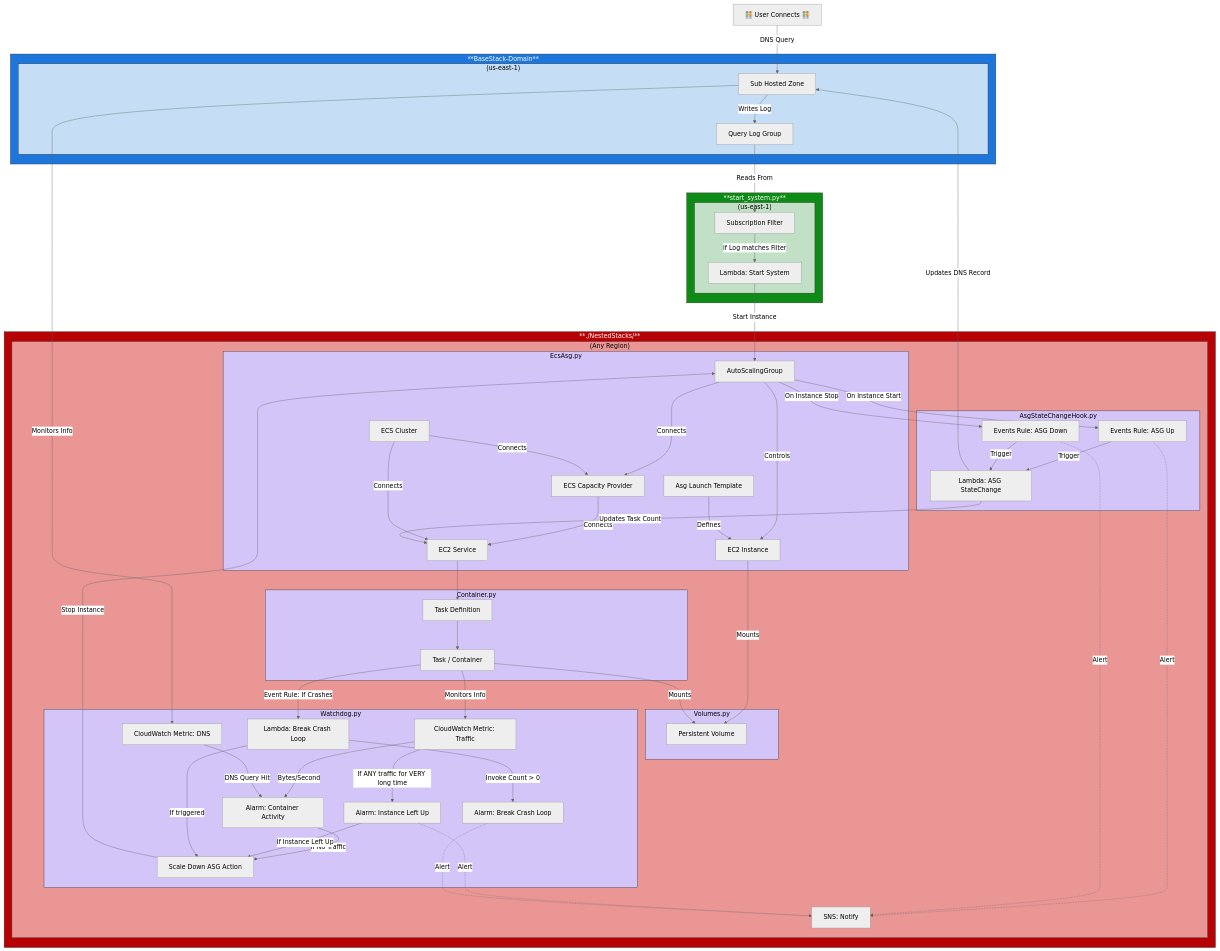
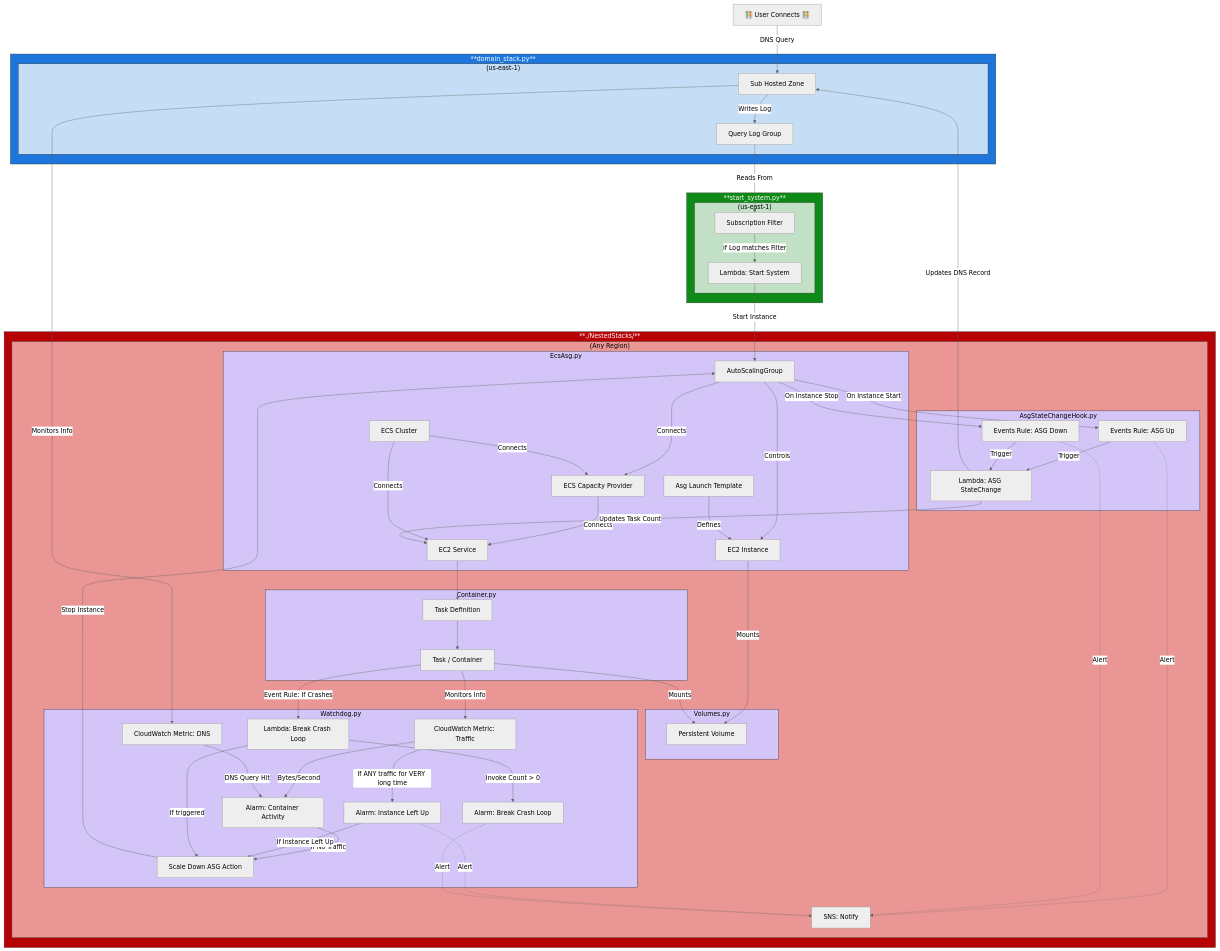
Before and after one commit to Cameronsplaze/AWS-ContainerManager: the diagram in ContainerManager/leaf_stack_group/README.md, drawn with Mermaid (neutral theme). The commit also changed other lines of this file and 4 other files, not shown here.

```diff
--- a/ContainerManager/leaf_stack_group/README.md
+++ b/ContainerManager/leaf_stack_group/README.md
@@ -24,17 +26,17 @@
 
     user-connects["🧑‍🤝‍🧑 User Connects 🧑‍🤝‍🧑"]
 
-    %% BASE STACK DOMAIN SUBGRAPH
-    subgraph base_stack_domain["**BaseStack-Domain**"]
-        subgraph base_stack_domain_inner["(us-east-1)"]
+    %% DOMAIN STACK SUBGRAPH
+    subgraph domain_stack["**domain_stack.py**"]
+        subgraph domain_stack_inner["(us-east-1)"]
             sub-hosted-zone[Sub Hosted Zone]
             query-log-group[Query Log Group]
 
             sub-hosted-zone --" Writes Log "--> query-log-group
         end
     end
-    class base_stack_domain blue_outer
-    class base_stack_domain_inner blue_inner
+    class domain_stack blue_outer
+    class domain_stack_inner blue_inner
     user-connects --" DNS Query "--> sub-hosted-zone
 
     %% START SYSTEM STACK SUBGRAPH
```
